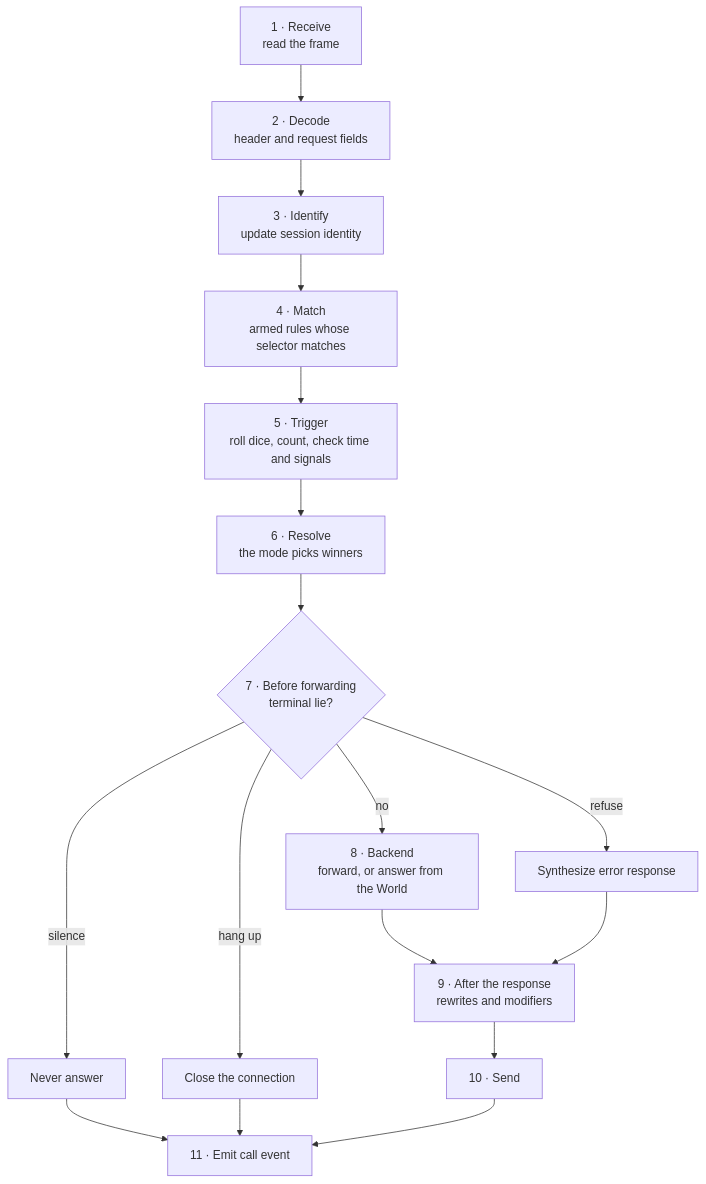
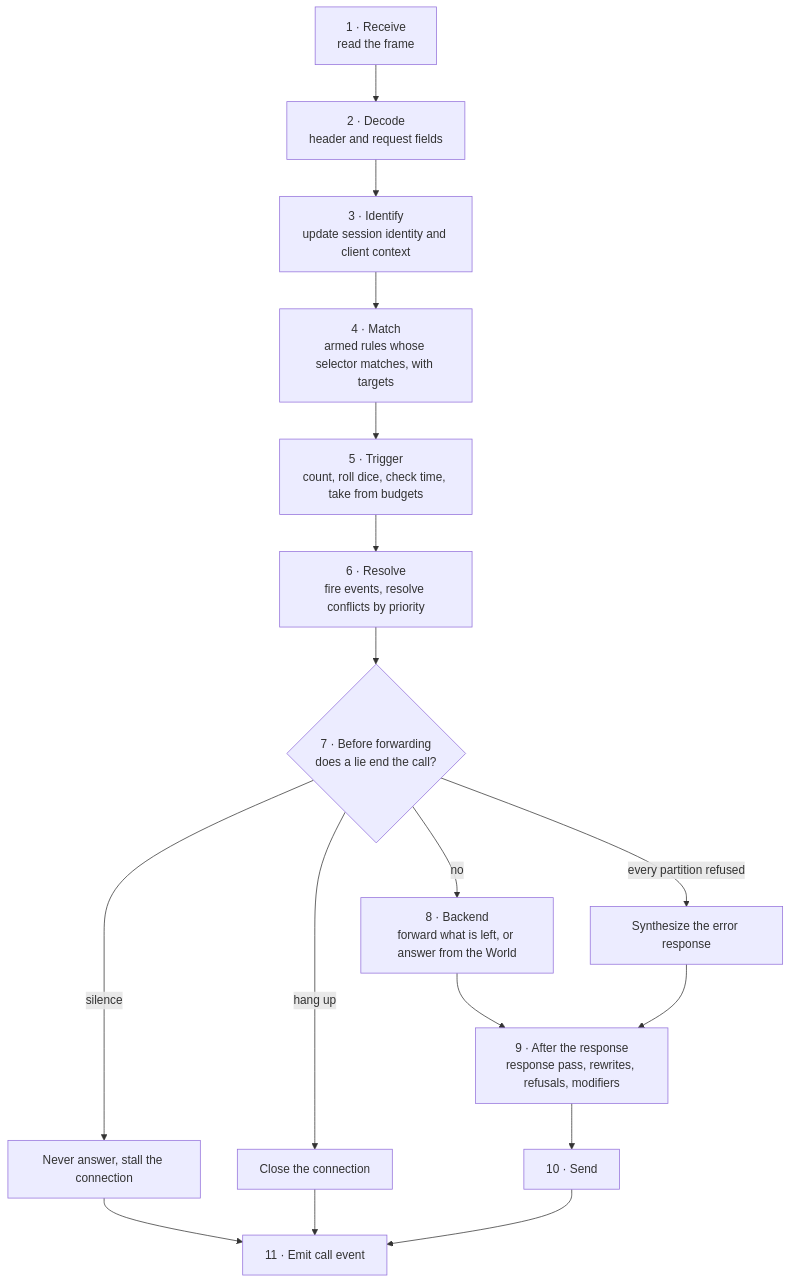
Before and after one commit to cruxy-eu/gaslightmq: the diagram in docs/specs/architecture/request-pipeline.md, drawn with Mermaid. The commit also changed other lines of this file and 17 other files, not shown here.

````diff
--- a/docs/specs/architecture/request-pipeline.md
+++ b/docs/specs/architecture/request-pipeline.md
@@ -9,19 +9,19 @@
 ```mermaid
 flowchart TB
   A["1 · Receive<br/>read the frame"] --> B["2 · Decode<br/>header and request fields"]
-  B --> C["3 · Identify<br/>update session identity"]
-  C --> D["4 · Match<br/>armed rules whose selector matches"]
-  D --> E["5 · Trigger<br/>roll dice, count, check time and signals"]
-  E --> F["6 · Resolve<br/>the mode picks winners"]
-  F --> G{"7 · Before forwarding<br/>terminal lie?"}
-  G -->|refuse| R["Synthesize error response"]
-  G -->|silence| S["Never answer"]
+  B --> C["3 · Identify<br/>update session identity and client context"]
+  C --> D["4 · Match<br/>armed rules whose selector matches, with targets"]
+  D --> E["5 · Trigger<br/>count, roll dice, check time, take from budgets"]
+  E --> F["6 · Resolve<br/>fire events, resolve conflicts by priority"]
+  F --> G{"7 · Before forwarding<br/>does a lie end the call?"}
+  G -->|silence| S["Never answer, stall the connection"]
   G -->|hang up| H["Close the connection"]
-  G -->|no| I["8 · Backend<br/>forward, or answer from the World"]
-  I --> J["9 · After the response<br/>rewrites and modifiers"]
+  G -->|every partition refused| R["Synthesize the error response"]
+  G -->|no| I["8 · Backend<br/>forward what is left, or answer from the World"]
+  I --> J["9 · After the response<br/>response pass, rewrites, refusals, modifiers"]
   R --> J
   J --> K["10 · Send"]
   S --> L["11 · Emit call event"]
   H --> L
   K --> L
 ```
````
